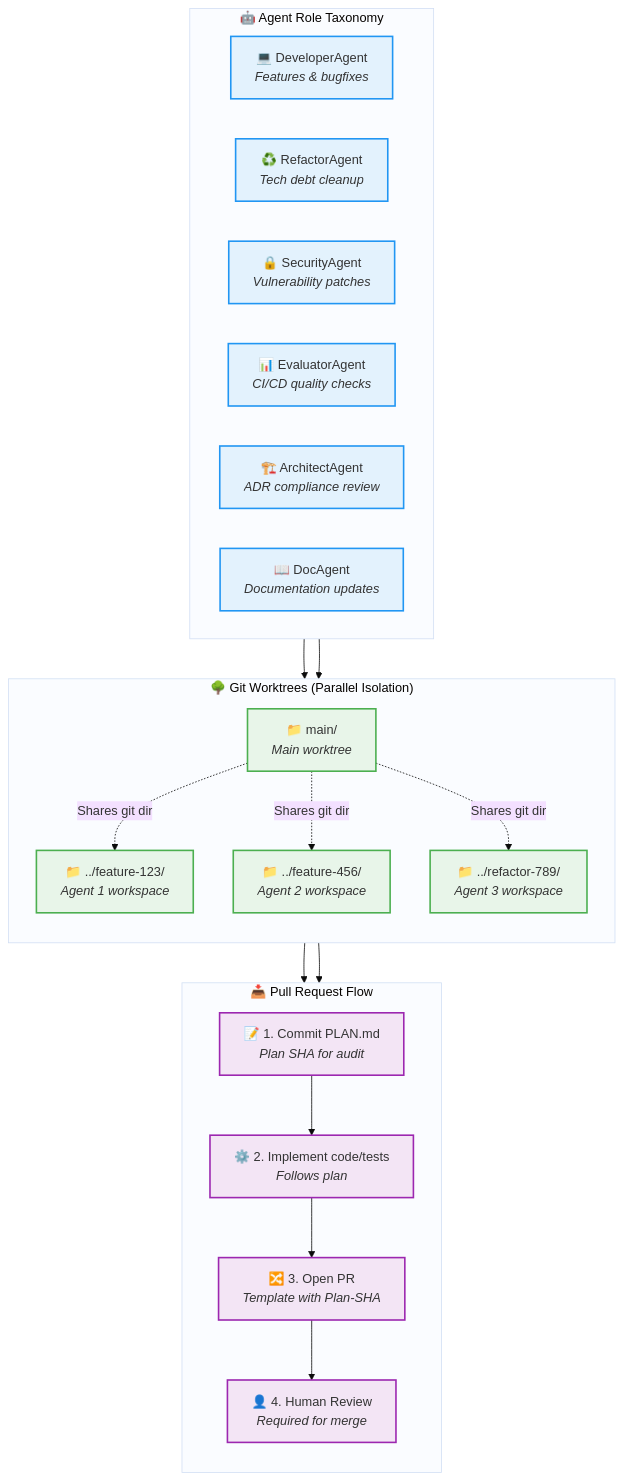
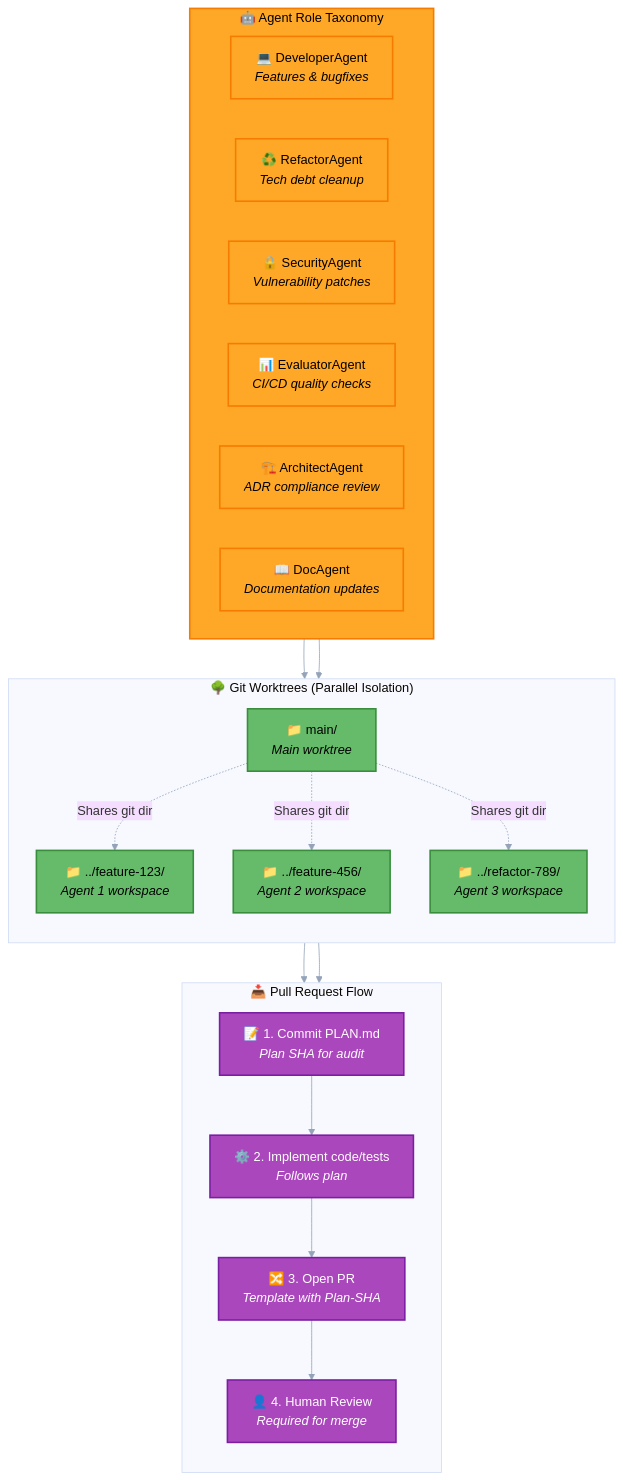
Before and after one commit to donbr/github-agentic-om: the fifth of 8 diagrams in github-native-operating-model.md, drawn with Mermaid. The commit also changed other lines of this file, not shown here.

Commit message:
update operating model mermaid diagrams

````diff
--- a/github-native-operating-model.md
+++ b/github-native-operating-model.md
@@ -321,48 +326,50 @@
 ```mermaid
-%%{init: {"theme":"base", "themeVariables": {"primaryColor":"#fff3e0","primaryBorderColor":"#ff9800"}}}%%
+%%{init: {"theme":"base", "themeVariables": {"lineColor":"#94a3b8","primaryBorderColor":"#94a3b8","textColor":"#64748b"}}}%%
 flowchart TB
     subgraph AGENTS["🤖 Agent Role Taxonomy"]
         direction LR
         DEV["💻 DeveloperAgent<br/><i>Features & bugfixes</i>"]
         REFACTOR["♻️ RefactorAgent<br/><i>Tech debt cleanup</i>"]
         SECURITY["🔒 SecurityAgent<br/><i>Vulnerability patches</i>"]
         EVAL["📊 EvaluatorAgent<br/><i>CI/CD quality checks</i>"]
         ARCH["🏗️ ArchitectAgent<br/><i>ADR compliance review</i>"]
         DOC["📖 DocAgent<br/><i>Documentation updates</i>"]
     end
 
     subgraph WORKSPACE["🌳 Git Worktrees (Parallel Isolation)"]
         direction TB
         MAIN["📁 main/<br/><i>Main worktree</i>"]
         WT1["📁 ../feature-123/<br/><i>Agent 1 workspace</i>"]
         WT2["📁 ../feature-456/<br/><i>Agent 2 workspace</i>"]
         WT3["📁 ../refactor-789/<br/><i>Agent 3 workspace</i>"]
 
         MAIN-. Shares git dir .->WT1
         MAIN-. Shares git dir .->WT2
         MAIN-. Shares git dir .->WT3
     end
 
     subgraph PRFLOW["📥 Pull Request Flow"]
         direction TB
         PLAN["📝 1. Commit PLAN.md<br/><i>Plan SHA for audit</i>"]
         IMPL["⚙️ 2. Implement code/tests<br/><i>Follows plan</i>"]
         PR["🔀 3. Open PR<br/><i>Template with Plan-SHA</i>"]
         REVIEW["👤 4. Human Review<br/><i>Required for merge</i>"]
 
         PLAN --> IMPL --> PR --> REVIEW
     end
 
     DEV --> WT1
     REFACTOR --> WT2
     WT1 --> PLAN
     WT2 --> PLAN
 
-    classDef agent fill:#e3f2fd,stroke:#2196f3,stroke-width:2px
-    classDef worktree fill:#e8f5e9,stroke:#4caf50,stroke-width:2px
-    classDef flow fill:#f3e5f5,stroke:#9c27b0,stroke-width:2px
+    classDef execution fill:#ffa726,stroke:#f57c00,stroke-width:2px,color:#000000
+    classDef agent fill:#ffa726,stroke:#f57c00,stroke-width:2px,color:#000000
+    classDef worktree fill:#66bb6a,stroke:#388e3c,stroke-width:2px,color:#000000
+    classDef flow fill:#ab47bc,stroke:#7b1fa2,stroke-width:2px,color:#ffffff
 
+    class AGENTS execution
     class DEV,REFACTOR,SECURITY,EVAL,ARCH,DOC agent
     class MAIN,WT1,WT2,WT3 worktree
     class PLAN,IMPL,PR,REVIEW flow
 ```
````
